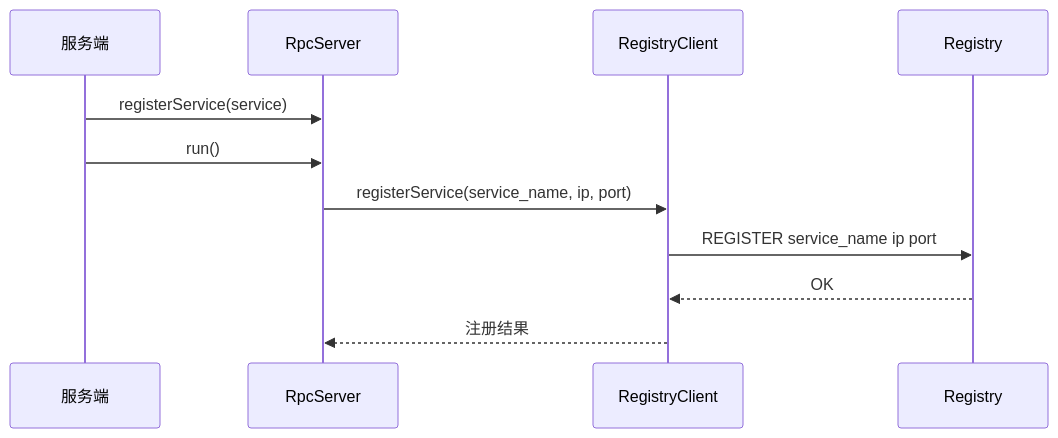
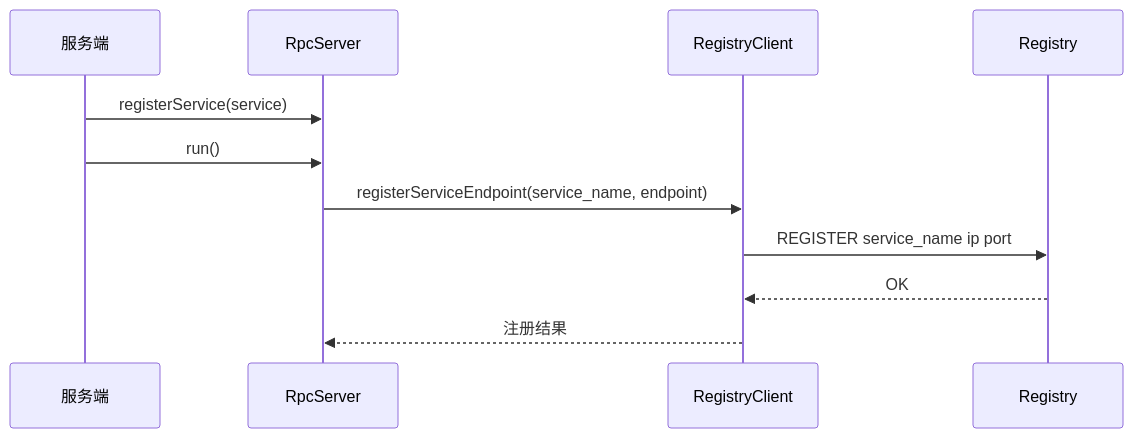
One commit to lvpiguai/tinyrpc changed the first of 2 diagrams in README.md. Above: the diagram before and after it, drawn with Mermaid. The commit also changed other lines of this file and 22 other files, not shown here.

````diff
--- a/README.md
+++ b/README.md
@@ -115,14 +117,14 @@
 ```mermaid
 sequenceDiagram
     participant App as 服务端
     participant Server as RpcServer
     participant RegistryClient
     participant Registry
 
     App->>Server: registerService(service)
     App->>Server: run()
-    Server->>RegistryClient: registerService(service_name, ip, port)
+    Server->>RegistryClient: registerServiceEndpoint(service_name, endpoint)
     RegistryClient->>Registry: REGISTER service_name ip port
     Registry-->>RegistryClient: OK
     RegistryClient-->>Server: 注册结果
 ```
````
